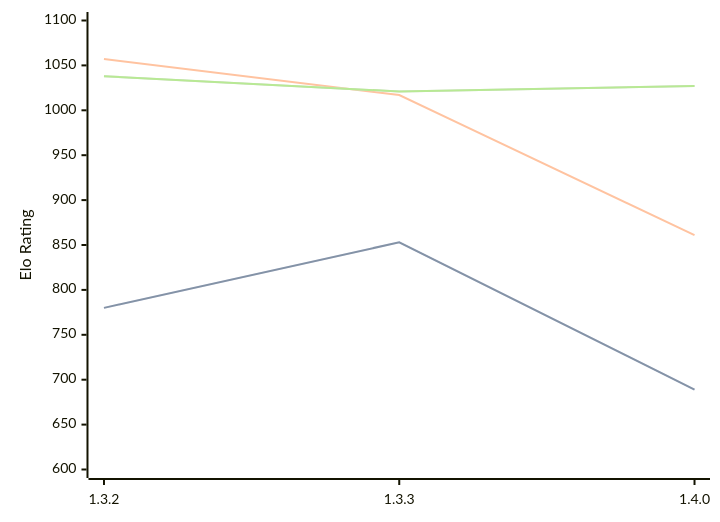
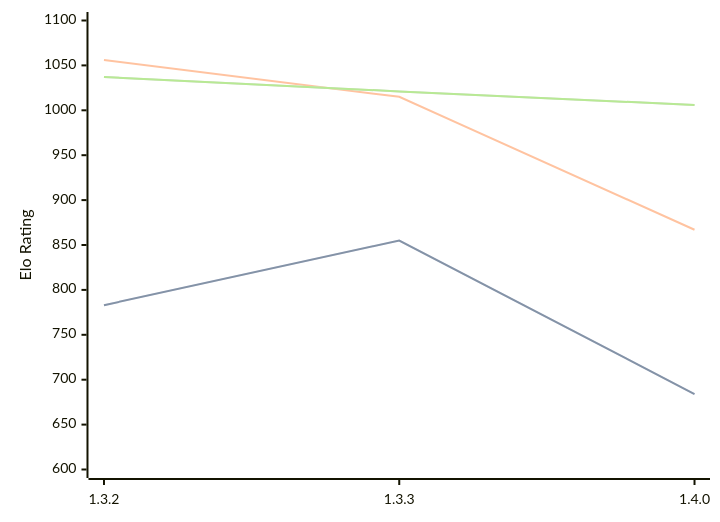
The diagram in engines/Whitespine.md (computer-chess-index/cci), drawn with Mermaid before and after one commit. The commit also changed other lines of this file, not shown here.

Commit message:
Update CCI Ratings (ELO VLTC) - 2026-06-07

````diff
--- a/engines/Whitespine.md
+++ b/engines/Whitespine.md
@@ -36,11 +36,11 @@
 ```mermaid
 %%{init: {"theme":"base","themeVariables":{"seriesColors:['#a3a3a3','#222221','#faa371']}}}%%
 xychart-beta
   x-axis ["1.3.2", "1.3.3", "1.4.0"]
   y-axis "Elo Rating" 600 --> 1100
-  line "STC (8.0+0.08s)" [780, 853, 689]
-  line "STC (8.0+0.08s)" [780, 853, 689]
-  line "LTC (60.0+0.60s)" [1057, 1017, 861]
-  line "VLTC (2m24s+1.12s)" [1038, 1021, 1027]
-  line "VLTC (2m24s+1.12s)" [1038, 1021, 1027]
+  line "STC (8.0+0.08s)" [783, 855, 684]
+  line "STC (8.0+0.08s)" [783, 855, 684]
+  line "LTC (60.0+0.60s)" [1056, 1015, 867]
+  line "VLTC (2m24s+1.12s)" [1037, 1021, 1006]
+  line "VLTC (2m24s+1.12s)" [1037, 1021, 1006]
 ```
````
